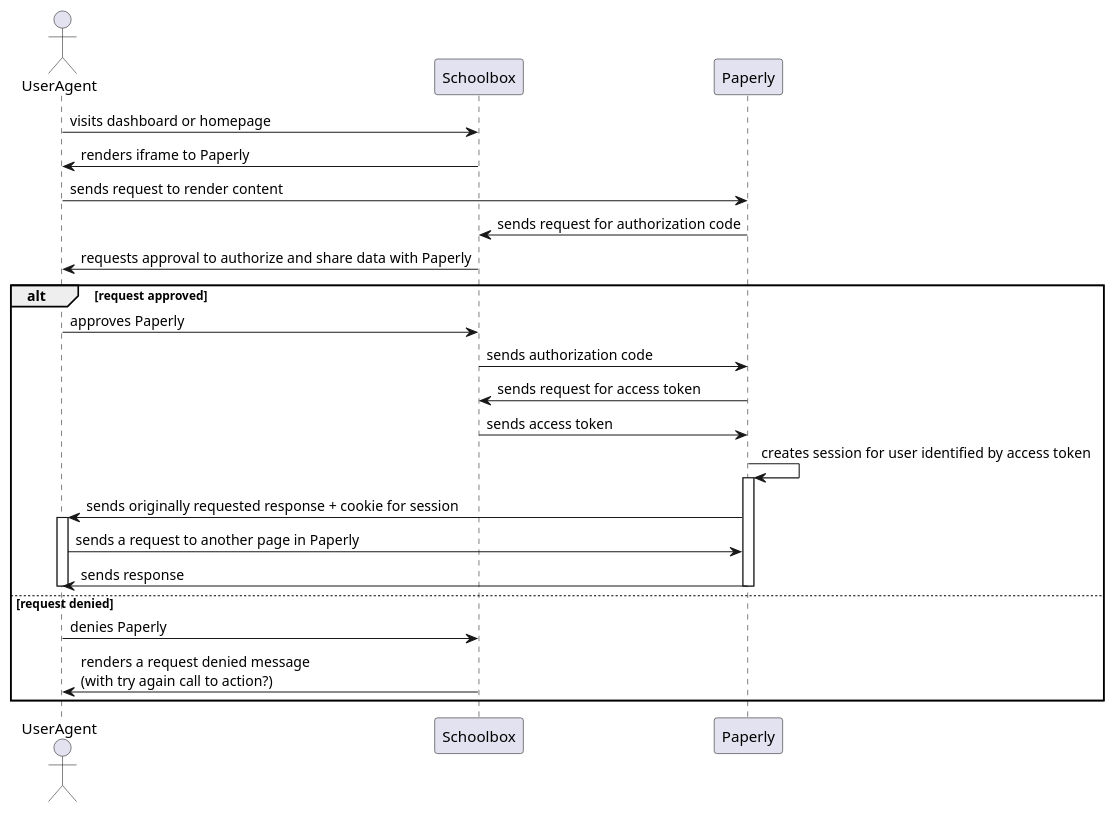
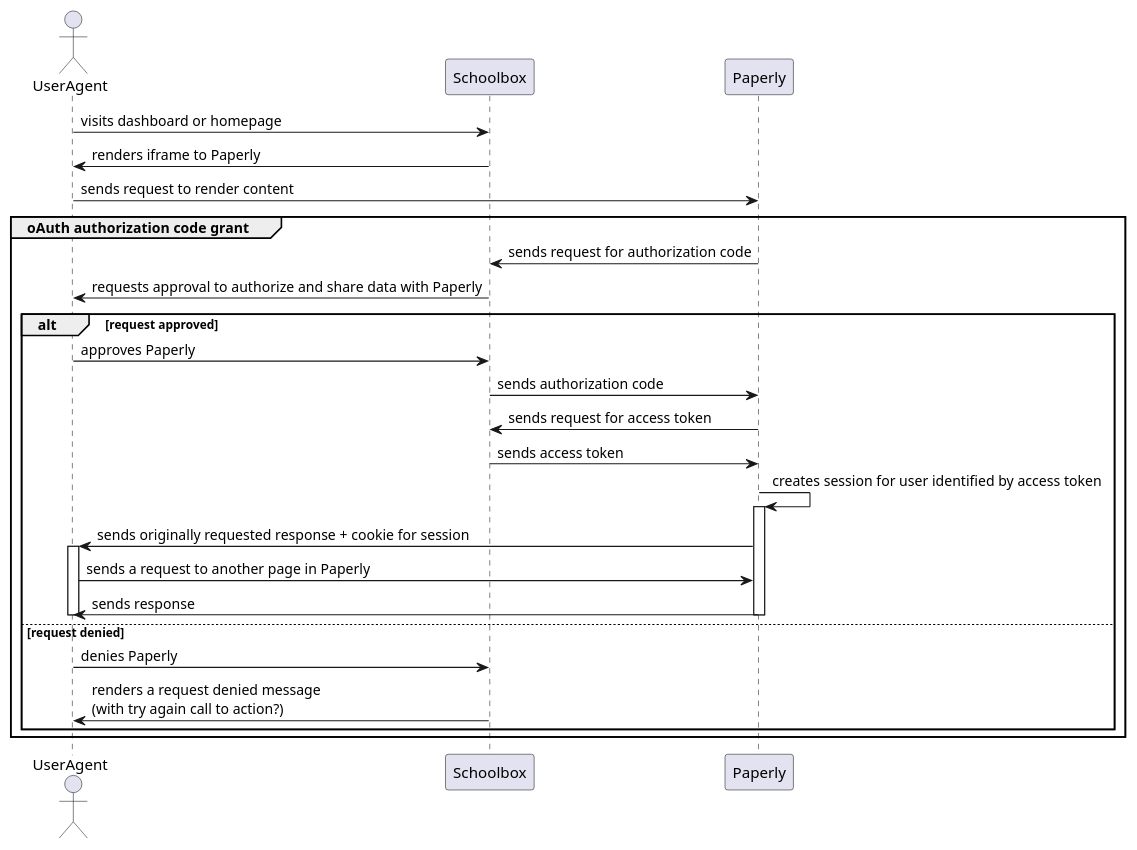
The diagram in library/Schoolbox/Oidc/Provider/component.plantuml (juliaattrevisan/schoolbox-api-docs), drawn with PlantUML before and after one commit.

Commit message:
Add authorization code group [SA-17368]

```diff
--- a/library/Schoolbox/Oidc/Provider/component.plantuml
+++ b/library/Schoolbox/Oidc/Provider/component.plantuml
@@ -1,32 +1,35 @@
 @startuml
 'https://plantuml.com/sequence-diagram
 
 actor UserAgent
 
 UserAgent -> Schoolbox : visits dashboard or homepage
 Schoolbox -> UserAgent : renders iframe to Paperly
 UserAgent -> Paperly : sends request to render content
-Paperly -> Schoolbox : sends request for authorization code
-Schoolbox -> UserAgent : requests approval to authorize and share data with Paperly
 
-alt request approved
-    UserAgent -> Schoolbox : approves Paperly
-    Schoolbox -> Paperly : sends authorization code
-    Paperly -> Schoolbox : sends request for access token
-    Schoolbox -> Paperly : sends access token
-    Paperly -> Paperly : creates session for user identified by access token
-    activate Paperly
-    Paperly -> UserAgent : sends originally requested response + cookie for session
-    activate UserAgent
+group oAuth authorization code grant
+    Paperly -> Schoolbox : sends request for authorization code
+    Schoolbox -> UserAgent : requests approval to authorize and share data with Paperly
 
-    UserAgent -> Paperly : sends a request to another page in Paperly
-    Paperly -> UserAgent : sends response
+    alt request approved
+        UserAgent -> Schoolbox : approves Paperly
+        Schoolbox -> Paperly : sends authorization code
+        Paperly -> Schoolbox : sends request for access token
+        Schoolbox -> Paperly : sends access token
+        Paperly -> Paperly : creates session for user identified by access token
+        activate Paperly
+        Paperly -> UserAgent : sends originally requested response + cookie for session
+        activate UserAgent
 
-    deactivate UserAgent
-    deactivate Paperly
-else request denied
-    UserAgent -> Schoolbox : denies Paperly
-    Schoolbox -> UserAgent : renders a request denied message\n(with try again call to action?)
+        UserAgent -> Paperly : sends a request to another page in Paperly
+        Paperly -> UserAgent : sends response
+
+        deactivate UserAgent
+        deactivate Paperly
+    else request denied
+        UserAgent -> Schoolbox : denies Paperly
+        Schoolbox -> UserAgent : renders a request denied message\n(with try again call to action?)
+    end
 end
 
 @enduml
```
